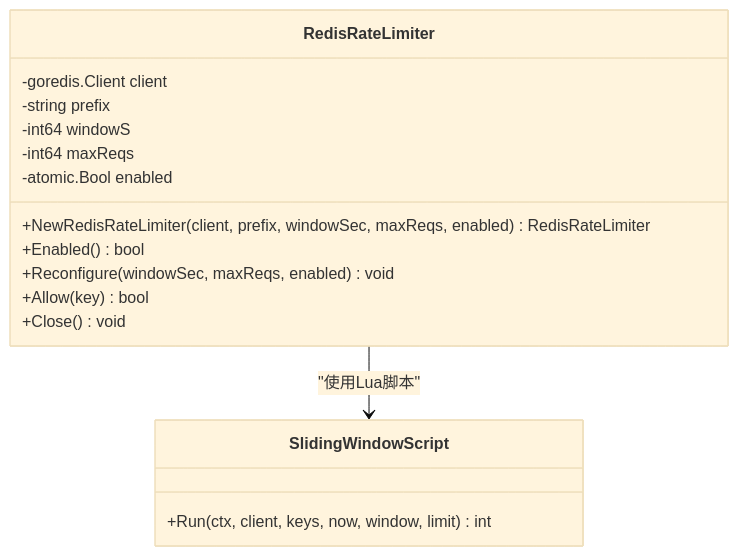
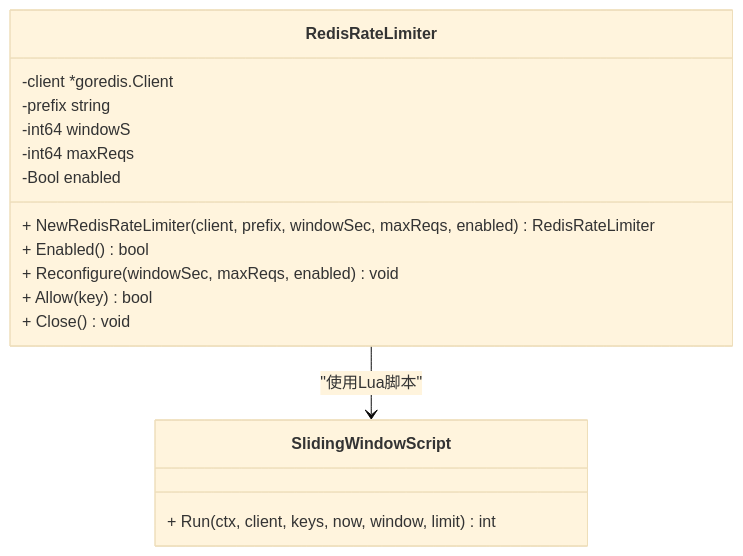
The third of 10 diagrams in docs/安全防护功能/速率限制机制/限流配置管理.md (x01n/My-OpenWaf), drawn with Mermaid (base theme) before and after one commit. The commit also changed other lines of this file and 199 other files, not shown here.

````diff
--- a/docs/安全防护功能/速率限制机制/限流配置管理.md
+++ b/docs/安全防护功能/速率限制机制/限流配置管理.md
@@ -125,19 +123,19 @@
 ```mermaid
 classDiagram
 class RedisRateLimiter {
--goredis.Client client
--string prefix
+-client *goredis.Client
+-prefix string
 -int64 windowS
 -int64 maxReqs
--atomic.Bool enabled
-+NewRedisRateLimiter(client, prefix, windowSec, maxReqs, enabled) RedisRateLimiter
-+Enabled() bool
-+Reconfigure(windowSec, maxReqs, enabled) void
-+Allow(key) bool
-+Close() void
+-Bool enabled
++ NewRedisRateLimiter(client, prefix, windowSec, maxReqs, enabled) RedisRateLimiter
++ Enabled() bool
++ Reconfigure(windowSec, maxReqs, enabled) void
++ Allow(key) bool
++ Close() void
 }
 class SlidingWindowScript {
-+Run(ctx, client, keys, now, window, limit) int
++ Run(ctx, client, keys, now, window, limit) int
 }
 RedisRateLimiter --> SlidingWindowScript : "使用Lua脚本"
 ```
````
